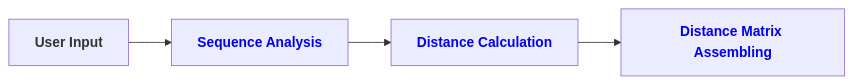
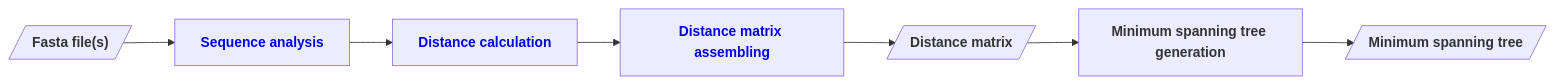
Before and after one commit to DiltheyLab/GENTRAIN: the second of 4 diagrams in documentation/docs/developers/data_management.md, drawn with Mermaid. The commit also changed other lines of this file, not shown here.

Commit message:
docs: add flow chart for case data flow

````diff
--- a/documentation/docs/developers/data_management.md
+++ b/documentation/docs/developers/data_management.md
@@ -81,6 +118,7 @@
 ```mermaid
 graph LR
-A[<b>User Input</b>]-->B[<b><a href='/docs/developers/genomic_operations#sequence-analysis' style="text-decoration: none;">Sequence Analysis</a></b>]
-B -->C[<b><a href='/docs/developers/genomic_operations#distance-calculation' style="text-decoration: none;">Distance Calculation</a></b>]
-C -->D[<b><a href='/docs/developers/genomic_operations#distance-matrix-assembling' style="text-decoration: none;">Distance Matrix Assembling</a></b>]
+A@{ shape: lean-r, label: "<b>Fasta file(s)</b>"}-->B[<b><a href='/docs/developers/genomic_operations#sequence-analysis' style="text-decoration: none;">Sequence analysis</a></b>]
+B -->C[<b><a href='/docs/developers/genomic_operations#distance-calculation' style="text-decoration: none;">Distance calculation</a></b>]
+C -->D[<b><a href='/docs/developers/genomic_operations#distance-matrix-assembling' style="text-decoration: none;">Distance matrix assembling</a></b>]-->E@{ shape: lean-r, label: "<b>Distance matrix</b>"}
+E --> F[<b>Minimum spanning tree generation</b>]-->G@{ shape: lean-r, label: "<b>Minimum spanning tree</b>"}
 ```
````
